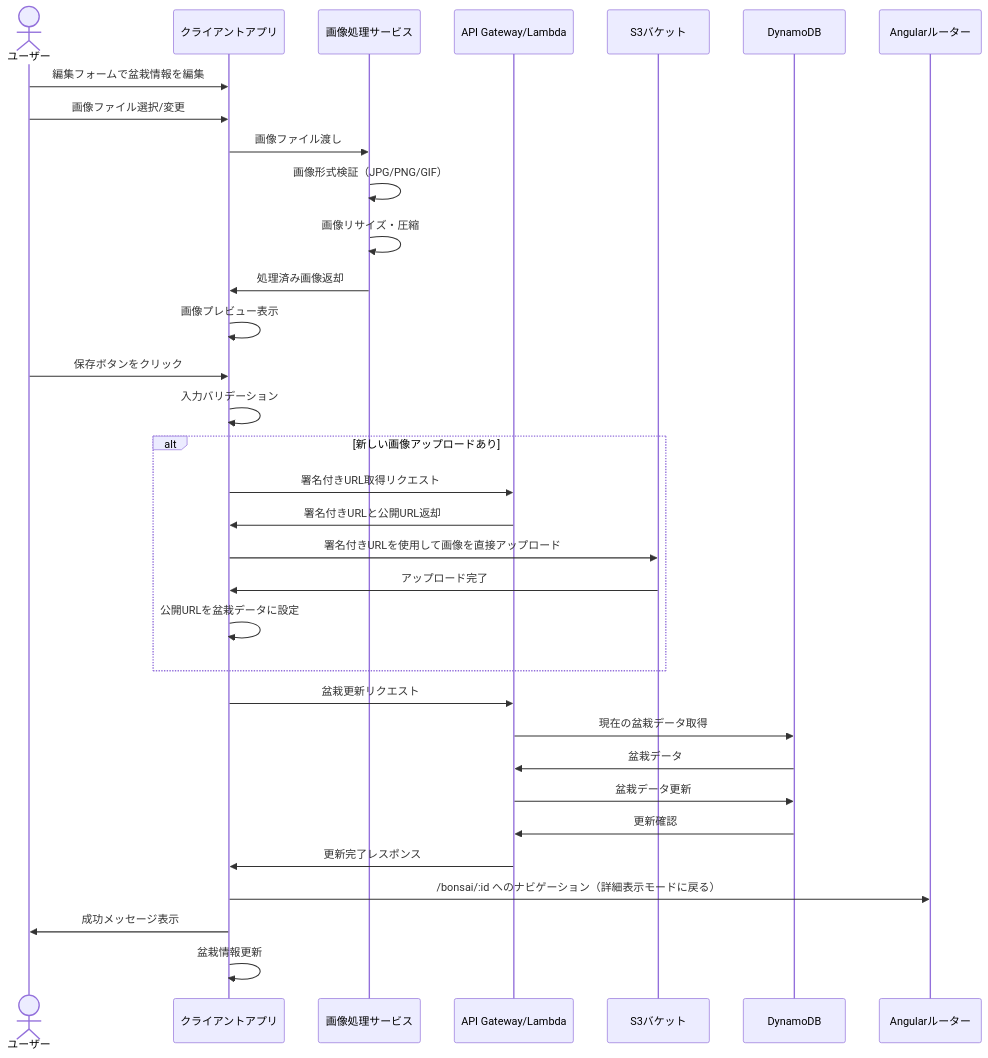
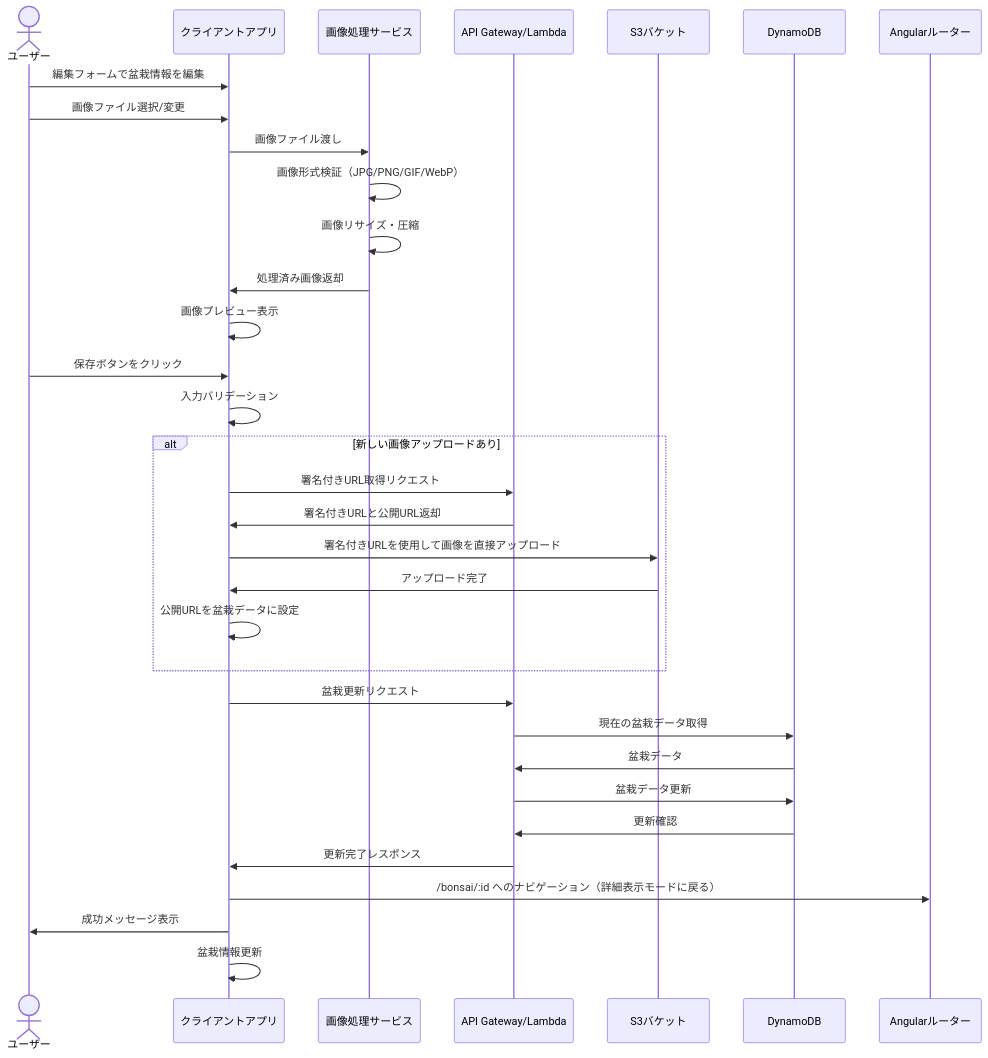
The sixth of 10 diagrams in docs/design/process-flow.md (masanori-sasaki/bonsai-app), drawn with Mermaid before and after one commit. The commit also changed other lines of this file and 44 other files, not shown here.

````diff
--- a/docs/design/process-flow.md
+++ b/docs/design/process-flow.md
@@ -144,38 +144,38 @@
 ```mermaid
 sequenceDiagram
     actor User as ユーザー
     participant Client as クライアントアプリ
     participant ImageService as 画像処理サービス
     participant API as API Gateway/Lambda
     participant S3 as S3バケット
     participant DynamoDB as DynamoDB
     participant Router as Angularルーター
 
     User->>Client: 編集フォームで盆栽情報を編集
     User->>Client: 画像ファイル選択/変更
     Client->>ImageService: 画像ファイル渡し
-    ImageService->>ImageService: 画像形式検証（JPG/PNG/GIF）
+    ImageService->>ImageService: 画像形式検証（JPG/PNG/GIF/WebP）
     ImageService->>ImageService: 画像リサイズ・圧縮
     ImageService->>Client: 処理済み画像返却
     Client->>Client: 画像プレビュー表示
     User->>Client: 保存ボタンをクリック
     Client->>Client: 入力バリデーション
     
     alt 新しい画像アップロードあり
         Client->>API: 署名付きURL取得リクエスト
         API->>Client: 署名付きURLと公開URL返却
         Client->>S3: 署名付きURLを使用して画像を直接アップロード
         S3->>Client: アップロード完了
         Client->>Client: 公開URLを盆栽データに設定
     end
     
     Client->>API: 盆栽更新リクエスト
     API->>DynamoDB: 現在の盆栽データ取得
     DynamoDB->>API: 盆栽データ
     API->>DynamoDB: 盆栽データ更新
     DynamoDB->>API: 更新確認
     API->>Client: 更新完了レスポンス
     Client->>Router: /bonsai/:id へのナビゲーション（詳細表示モードに戻る）
     Client->>User: 成功メッセージ表示
     Client->>Client: 盆栽情報更新
 ```
````
